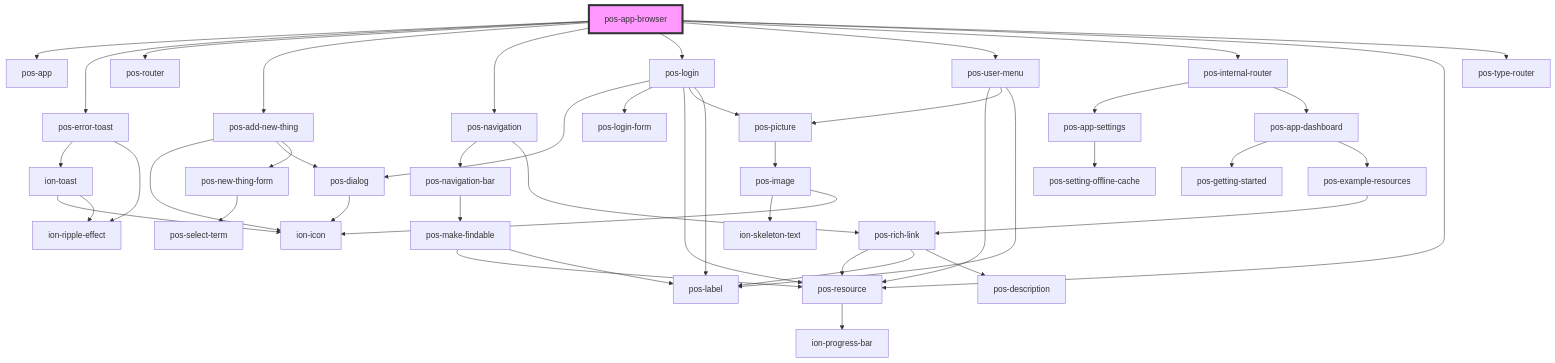
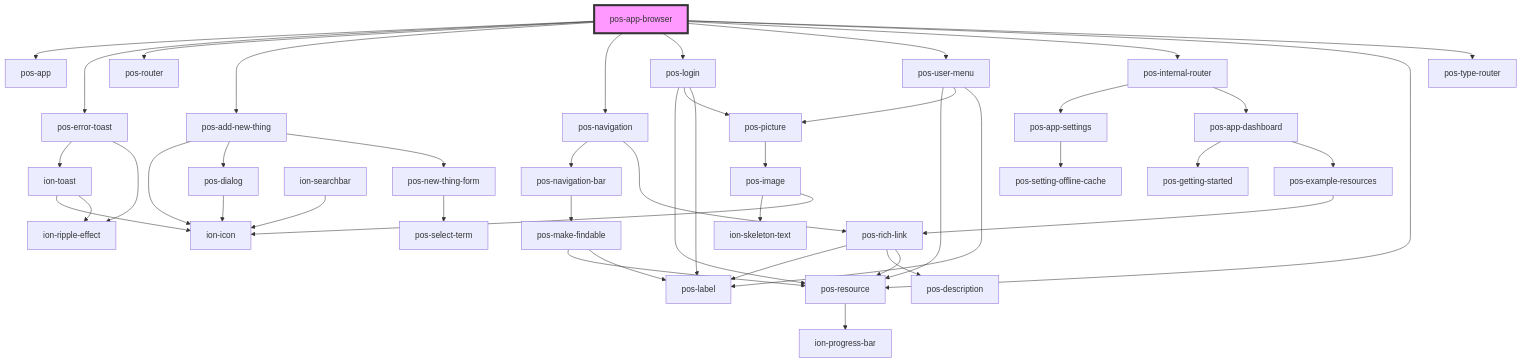
One commit to pod-os/PodOS changed the diagram in docs/elements/apps/pos-app-browser/readme.md. Above: the diagram before and after it, drawn with Mermaid. The commit also changed 12 other files, not shown here.

Commit message:
doc(elements): update generated readmes with pos-rich-link

````diff
--- a/docs/elements/apps/pos-app-browser/readme.md
+++ b/docs/elements/apps/pos-app-browser/readme.md
@@ -32,49 +32,48 @@
 ```mermaid
 graph TD;
   pos-app-browser --> pos-app
   pos-app-browser --> pos-error-toast
   pos-app-browser --> pos-router
   pos-app-browser --> pos-add-new-thing
   pos-app-browser --> pos-navigation
   pos-app-browser --> pos-login
   pos-app-browser --> pos-user-menu
   pos-app-browser --> pos-internal-router
   pos-app-browser --> pos-resource
   pos-app-browser --> pos-type-router
   pos-error-toast --> ion-toast
   pos-error-toast --> ion-ripple-effect
   ion-toast --> ion-icon
   ion-toast --> ion-ripple-effect
   pos-add-new-thing --> ion-icon
   pos-add-new-thing --> pos-dialog
   pos-add-new-thing --> pos-new-thing-form
   pos-dialog --> ion-icon
   pos-new-thing-form --> pos-select-term
   pos-navigation --> pos-navigation-bar
   pos-navigation --> pos-rich-link
   pos-navigation-bar --> pos-make-findable
   pos-make-findable --> pos-resource
   pos-make-findable --> pos-label
   pos-resource --> ion-progress-bar
-  pos-rich-link --> pos-resource
+  ion-searchbar --> ion-icon
   pos-rich-link --> pos-label
   pos-rich-link --> pos-description
-  pos-login --> pos-dialog
-  pos-login --> pos-login-form
+  pos-rich-link --> pos-resource
   pos-login --> pos-resource
   pos-login --> pos-picture
   pos-login --> pos-label
   pos-picture --> pos-image
   pos-image --> ion-skeleton-text
   pos-image --> ion-icon
   pos-user-menu --> pos-resource
   pos-user-menu --> pos-picture
   pos-user-menu --> pos-label
   pos-internal-router --> pos-app-settings
   pos-internal-router --> pos-app-dashboard
   pos-app-settings --> pos-setting-offline-cache
   pos-app-dashboard --> pos-getting-started
   pos-app-dashboard --> pos-example-resources
   pos-example-resources --> pos-rich-link
   style pos-app-browser fill:#f9f,stroke:#333,stroke-width:4px
 ```
````
